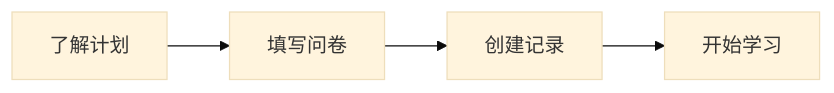
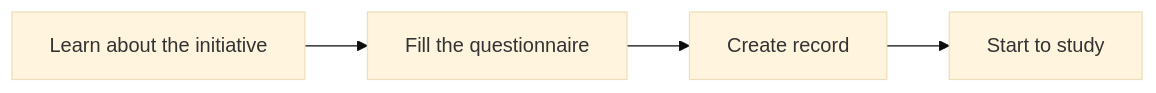
Before and after one commit to oscc-web/ysyx-website: the diagram in src/en/signup/README.md, drawn with Mermaid (base theme). The commit also changed other lines of this file, not shown here.

````diff
--- a/src/en/signup/README.md
+++ b/src/en/signup/README.md
@@ -7,11 +7,11 @@
 ```mermaid
 ---
-<!-- title: 报名流程图 -->
+<!-- title: sign up process chart -->
 ---
 flowchart LR
-    project[了解计划] --> survey[填写问卷] --> record[创建记录] --> study[开始学习]
-    click project "#_1、了解计划" _self
-    click survey "#_2、填写问卷" _self
-    click record "#_3、创建记录" _self
-    click study "#_4、开始学习" _self
+    project[Learn about the initiative] --> survey[Fill the questionnaire] --> record[Create record] --> study[Start to study]
+    click project "#_1. Learn about the initiative" _self
+    click survey "#_2. Fill the questionnaire" _self
+    click record "#_3. Create record" _self
+    click study "#_4. Start to study" _self
 ```
````
